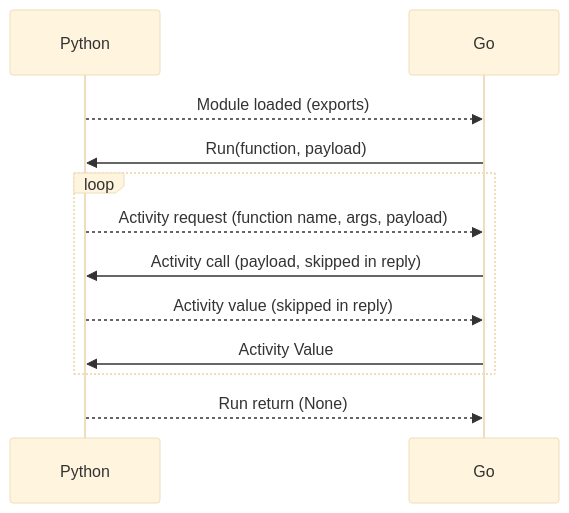
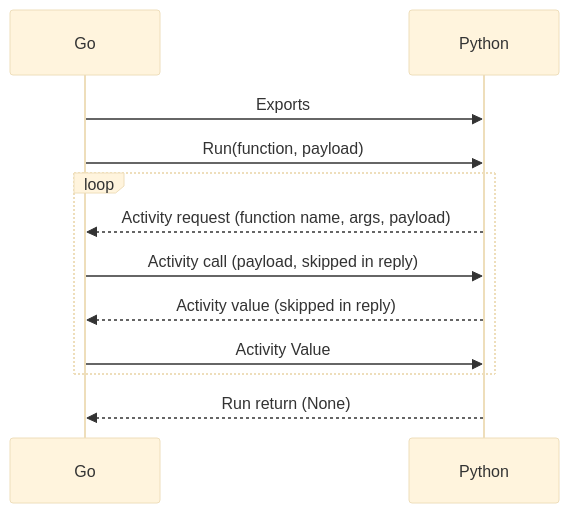
The first of 2 diagrams in runtimes/pythonrt/README.md (autokitteh/autokitteh), drawn with Mermaid (base theme) before and after one commit. The commit also changed other lines of this file and 3 other files, not shown here.

````diff
--- a/runtimes/pythonrt/README.md
+++ b/runtimes/pythonrt/README.md
@@ -71,12 +71,12 @@
 ```mermaid
 sequenceDiagram
-    Python-->>Go: Module loaded (exports)
+    Go->>Python: Exports
     Go->>Python: Run(function, payload)
     loop
         Python-->>Go: Activity request (function name, args, payload)
         Go ->>Python: Activity call (payload, skipped in reply)
         Python-->>Go: Activity value (skipped in reply)
         Go ->>Python: Activity Value
     end
     Python-->>Go: Run return (None)
 ```
````
